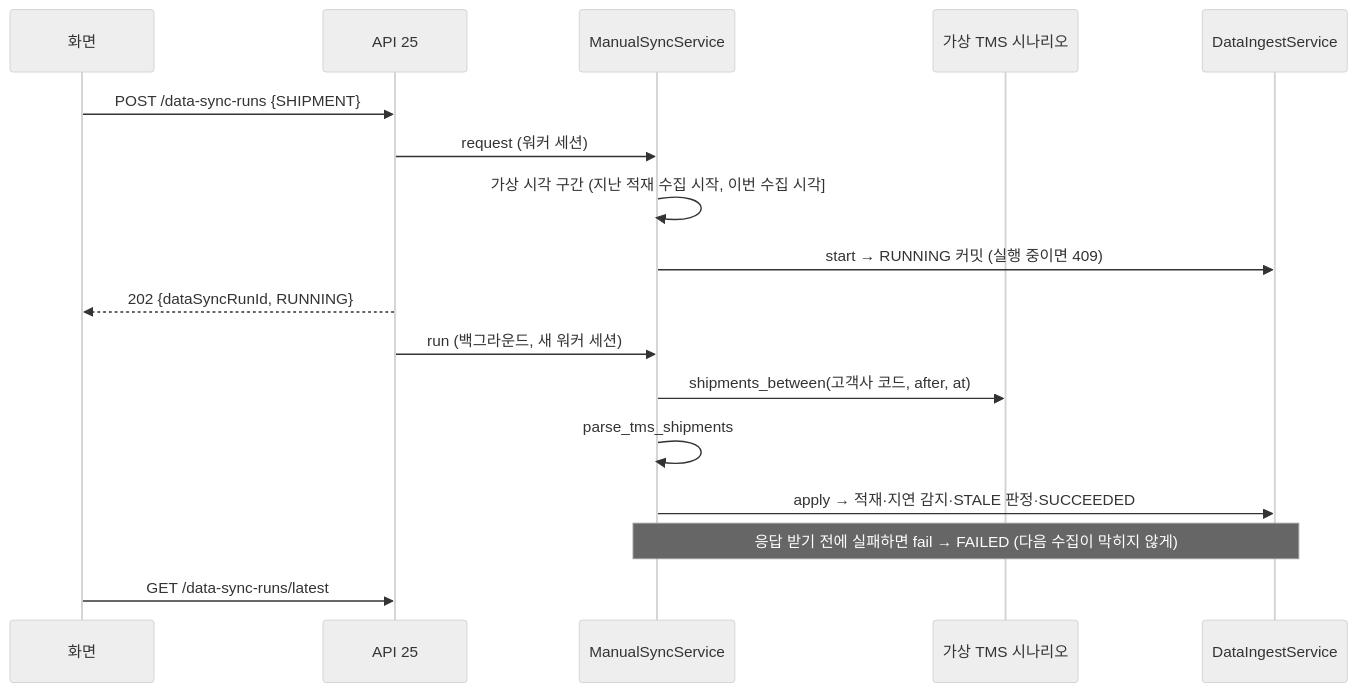
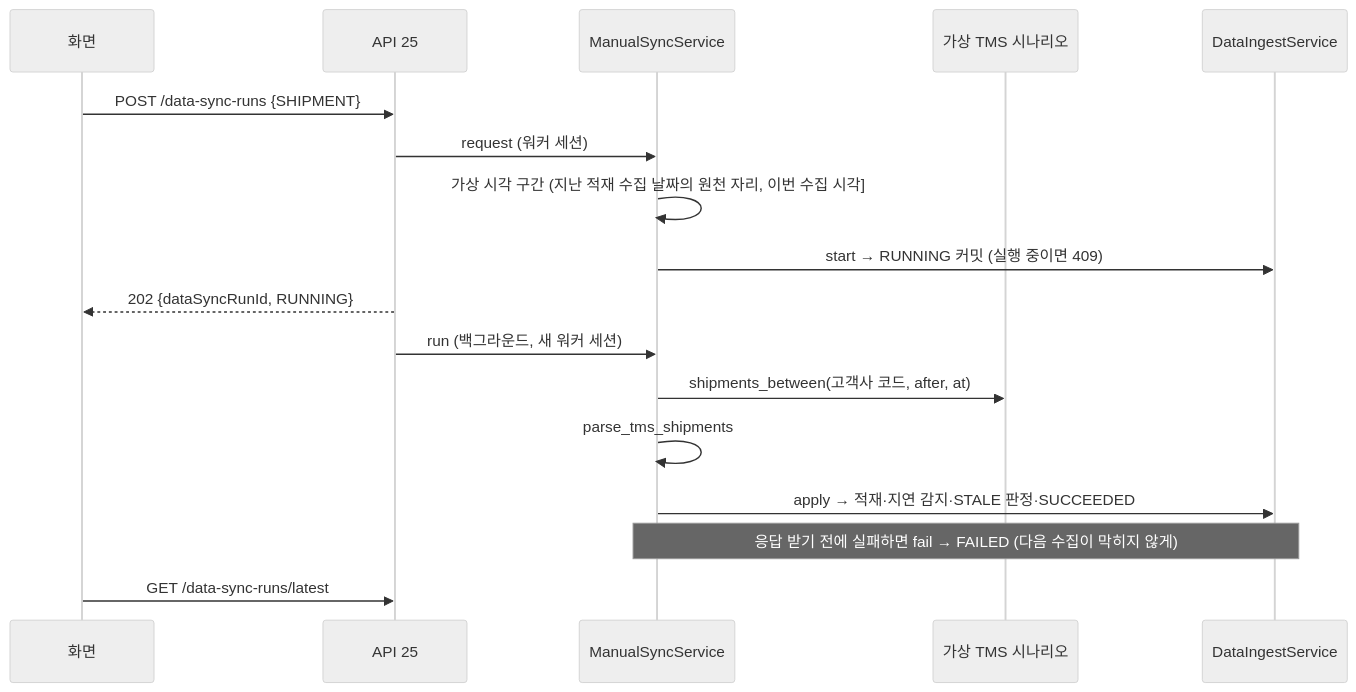
One commit to K-GlowShip/glowship-server changed the diagram in docs/data-sync/manual-sync.md. Above: the diagram before and after it, drawn with Mermaid (neutral theme). The commit also changed other lines of this file and 4 other files, not shown here.

````diff
--- a/docs/data-sync/manual-sync.md
+++ b/docs/data-sync/manual-sync.md
@@ -17,19 +17,19 @@
 ```mermaid
 sequenceDiagram
     participant W as 화면
     participant A as API 25
     participant M as ManualSyncService
     participant T as 가상 TMS 시나리오
     participant I as DataIngestService
     W->>A: POST /data-sync-runs {SHIPMENT}
     A->>M: request (워커 세션)
-    M->>M: 가상 시각 구간 (지난 적재 수집 시작, 이번 수집 시각]
+    M->>M: 가상 시각 구간 (지난 적재 수집 날짜의 원천 자리, 이번 수집 시각]
     M->>I: start → RUNNING 커밋 (실행 중이면 409)
     A-->>W: 202 {dataSyncRunId, RUNNING}
     A->>M: run (백그라운드, 새 워커 세션)
     M->>T: shipments_between(고객사 코드, after, at)
     M->>M: parse_tms_shipments
     M->>I: apply → 적재·지연 감지·STALE 판정·SUCCEEDED
     Note over M,I: 응답 받기 전에 실패하면 fail → FAILED (다음 수집이 막히지 않게)
     W->>A: GET /data-sync-runs/latest
 ```
````
